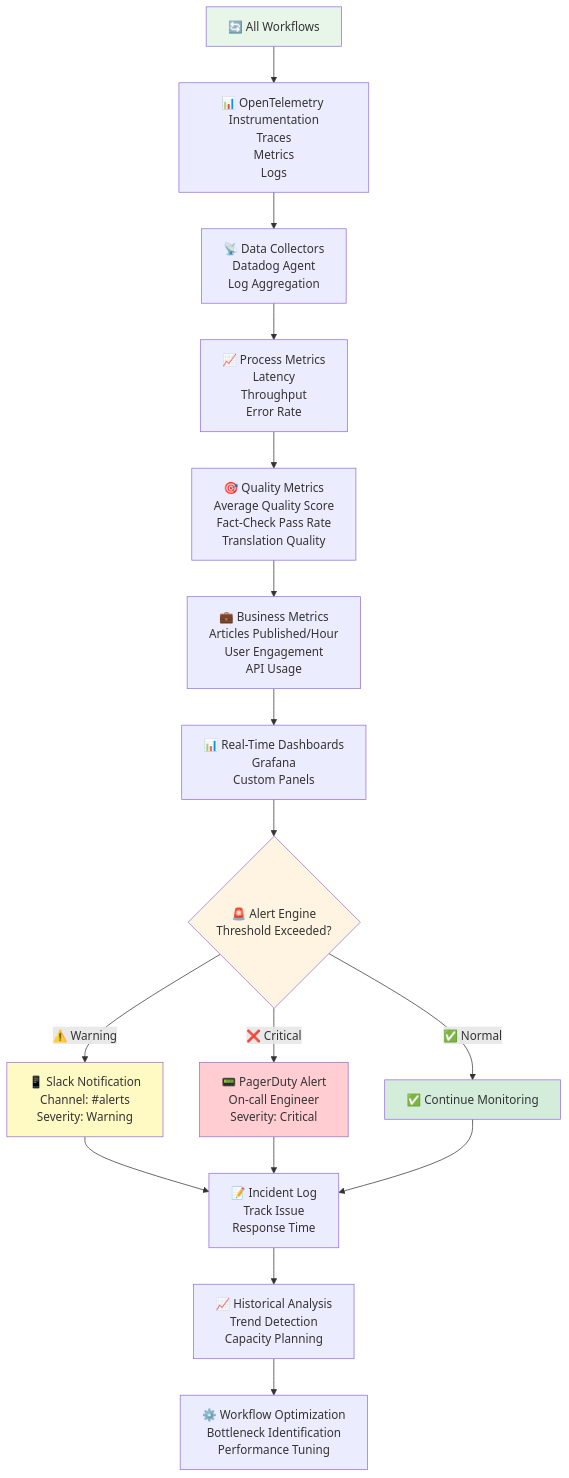
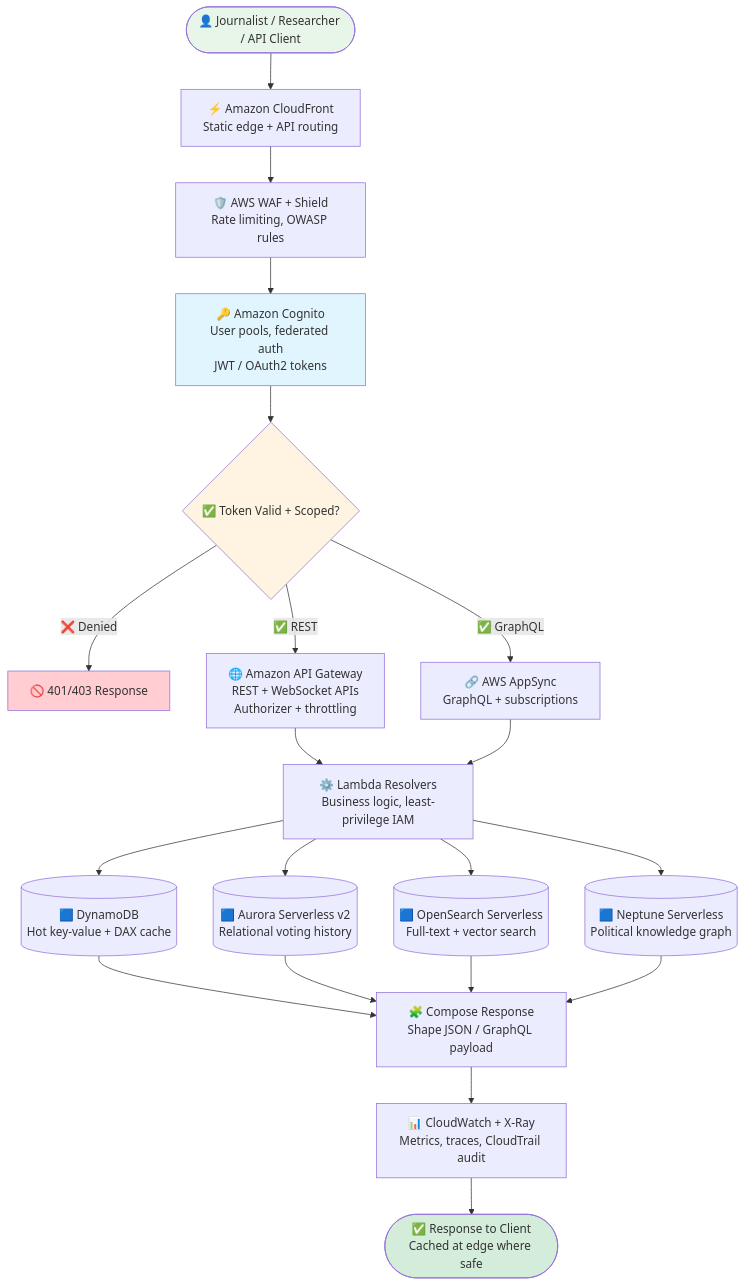
One commit to Hack23/euparliamentmonitor changed the sixth of 8 diagrams in FUTURE_FLOWCHART.md. Above: the diagram before and after it, drawn with Mermaid. The commit also changed other lines of this file and 5 other files, not shown here.

Commit message:
docs: rewrite FUTURE architecture portfolio for v2.0/v3.0 all-in-AWS vision

````diff
--- a/FUTURE_FLOWCHART.md
+++ b/FUTURE_FLOWCHART.md
@@ -513,34 +411,37 @@
 ```mermaid
 flowchart TD
-    Workflows[🔄 All Workflows] --> Instrumentation[📊 OpenTelemetry Instrumentation<br/>Traces<br/>Metrics<br/>Logs]
+    User([👤 Journalist / Researcher / API Client]) --> Edge[⚡ Amazon CloudFront<br/>Static edge + API routing]
 
-    Instrumentation --> Collectors[📡 Data Collectors<br/>Datadog Agent<br/>Log Aggregation]
+    Edge --> WAF[🛡️ AWS WAF + Shield<br/>Rate limiting, OWASP rules]
 
-    Collectors --> ProcessMetrics[📈 Process Metrics<br/>Latency<br/>Throughput<br/>Error Rate]
+    WAF --> Auth[🔑 Amazon Cognito<br/>User pools, federated auth<br/>JWT / OAuth2 tokens]
 
-    ProcessMetrics --> QualityMetrics[🎯 Quality Metrics<br/>Average Quality Score<br/>Fact-Check Pass Rate<br/>Translation Quality]
+    Auth --> AuthZ{✅ Token Valid + Scoped?}
+    AuthZ -->|❌ Denied| Reject[🚫 401/403 Response]
 
-    QualityMetrics --> BusinessMetrics[💼 Business Metrics<br/>Articles Published/Hour<br/>User Engagement<br/>API Usage]
+    AuthZ -->|✅ REST| APIGW[🌐 Amazon API Gateway<br/>REST + WebSocket APIs<br/>Authorizer + throttling]
+    AuthZ -->|✅ GraphQL| AppSync[🔗 AWS AppSync<br/>GraphQL + subscriptions]
 
-    BusinessMetrics --> Dashboards[📊 Real-Time Dashboards<br/>Grafana<br/>Custom Panels]
+    APIGW --> Resolver[⚙️ Lambda Resolvers<br/>Business logic, least-privilege IAM]
+    AppSync --> Resolver
 
-    Dashboards --> AlertEngine{🚨 Alert Engine<br/>Threshold Exceeded?}
+    Resolver --> DDB[(🟦 DynamoDB<br/>Hot key-value + DAX cache)]
+    Resolver --> Aurora[(🟦 Aurora Serverless v2<br/>Relational voting history)]
+    Resolver --> OS[(🟦 OpenSearch Serverless<br/>Full-text + vector search)]
+    Resolver --> Neptune[(🟦 Neptune Serverless<br/>Political knowledge graph)]
 
-    AlertEngine -->|✅ Normal| Continue[✅ Continue Monitoring]
-    AlertEngine -->|⚠️ Warning| SlackAlert[📱 Slack Notification<br/>Channel: #alerts<br/>Severity: Warning]
-    AlertEngine -->|❌ Critical| PagerDuty[📟 PagerDuty Alert<br/>On-call Engineer<br/>Severity: Critical]
+    DDB --> Compose[🧩 Compose Response<br/>Shape JSON / GraphQL payload]
+    Aurora --> Compose
+    OS --> Compose
+    Neptune --> Compose
 
-    SlackAlert --> IncidentLog[📝 Incident Log<br/>Track Issue<br/>Response Time]
-    PagerDuty --> IncidentLog
-    Continue --> IncidentLog
+    Compose --> Trace[📊 CloudWatch + X-Ray<br/>Metrics, traces, CloudTrail audit]
 
-    IncidentLog --> HistoricalAnalysis[📈 Historical Analysis<br/>Trend Detection<br/>Capacity Planning]
+    Trace --> Return([✅ Response to Client<br/>Cached at edge where safe])
 
-    HistoricalAnalysis --> Optimization[⚙️ Workflow Optimization<br/>Bottleneck Identification<br/>Performance Tuning]
-
-    style Workflows fill:#e8f5e9
-    style AlertEngine fill:#fff4e1
-    style PagerDuty fill:#ffcdd2
-    style SlackAlert fill:#fff9c4
-    style Continue fill:#d4edda
+    style User fill:#e8f5e9
+    style Auth fill:#e1f5ff
+    style AuthZ fill:#fff4e1
+    style Reject fill:#ffcdd2
+    style Return fill:#d4edda
 ```
````
